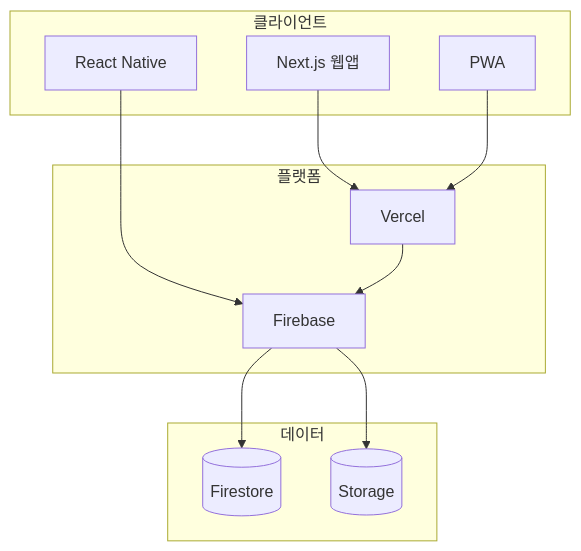
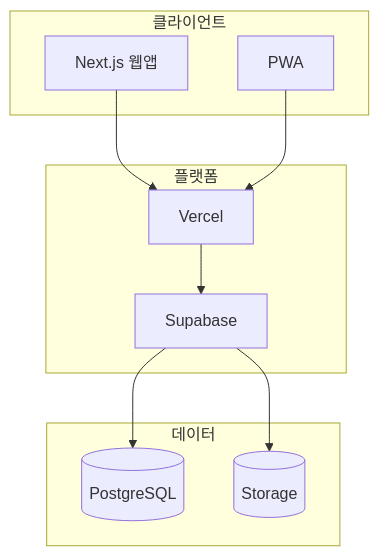
The diagram in docs/01-requirements/technical-specifications.md (zloot63/dognote), drawn with Mermaid before and after one commit. The commit also changed other lines of this file and 9 other files, not shown here.

````diff
--- a/docs/01-requirements/technical-specifications.md
+++ b/docs/01-requirements/technical-specifications.md
@@ -50,25 +51,23 @@
 ```mermaid
 graph TB
     subgraph "클라이언트"
         WEB[Next.js 웹앱]
         PWA[PWA]
-        MOBILE[React Native]
     end
 
     subgraph "플랫폼"
         VERCEL[Vercel]
-        FIREBASE[Firebase]
+        SUPABASE[Supabase]
     end
 
     subgraph "데이터"
-        FIRESTORE[(Firestore)]
+        POSTGRES[(PostgreSQL)]
         STORAGE[(Storage)]
     end
 
     WEB --> VERCEL
     PWA --> VERCEL
-    MOBILE --> FIREBASE
-    VERCEL --> FIREBASE
-    FIREBASE --> FIRESTORE
-    FIREBASE --> STORAGE
+    VERCEL --> SUPABASE
+    SUPABASE --> POSTGRES
+    SUPABASE --> STORAGE
 ```
````
